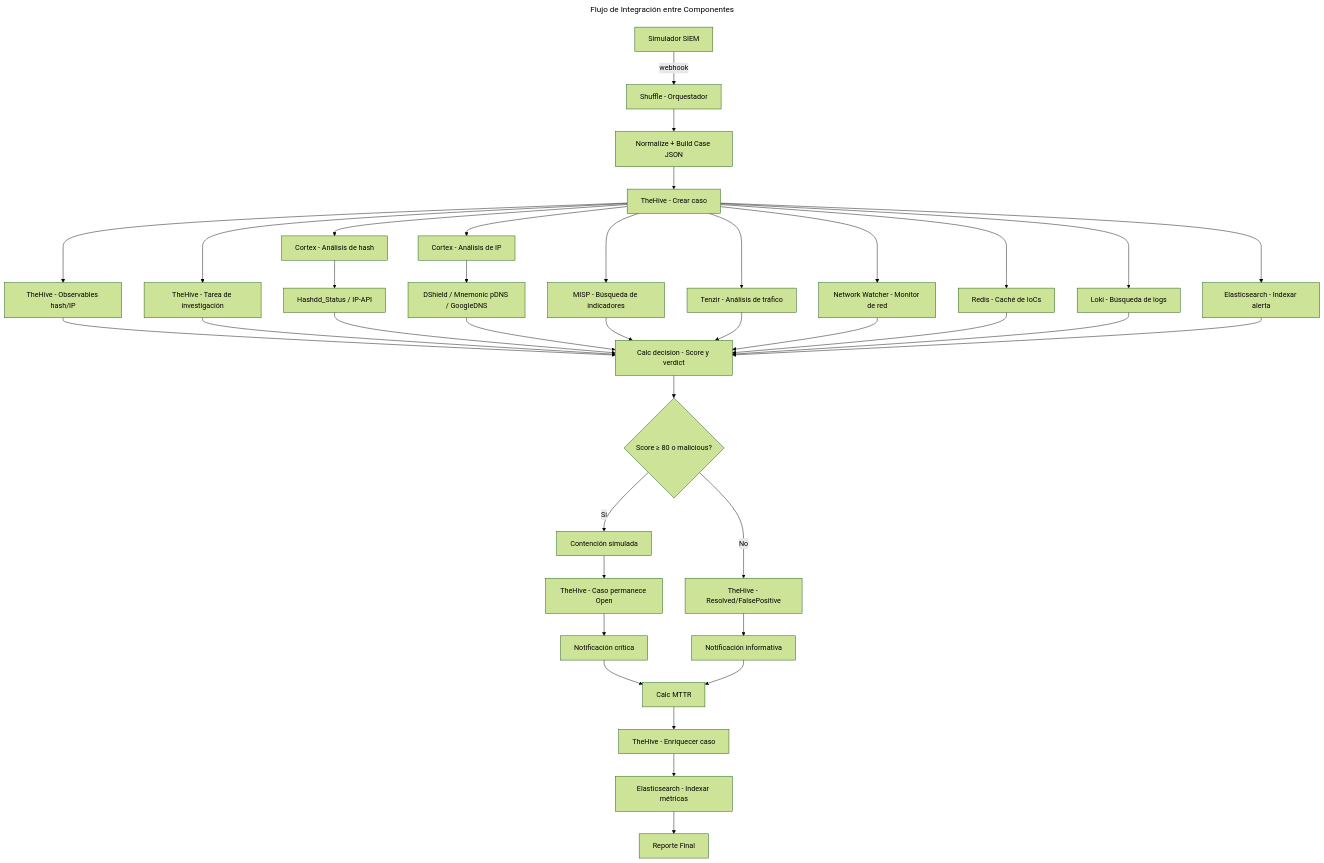
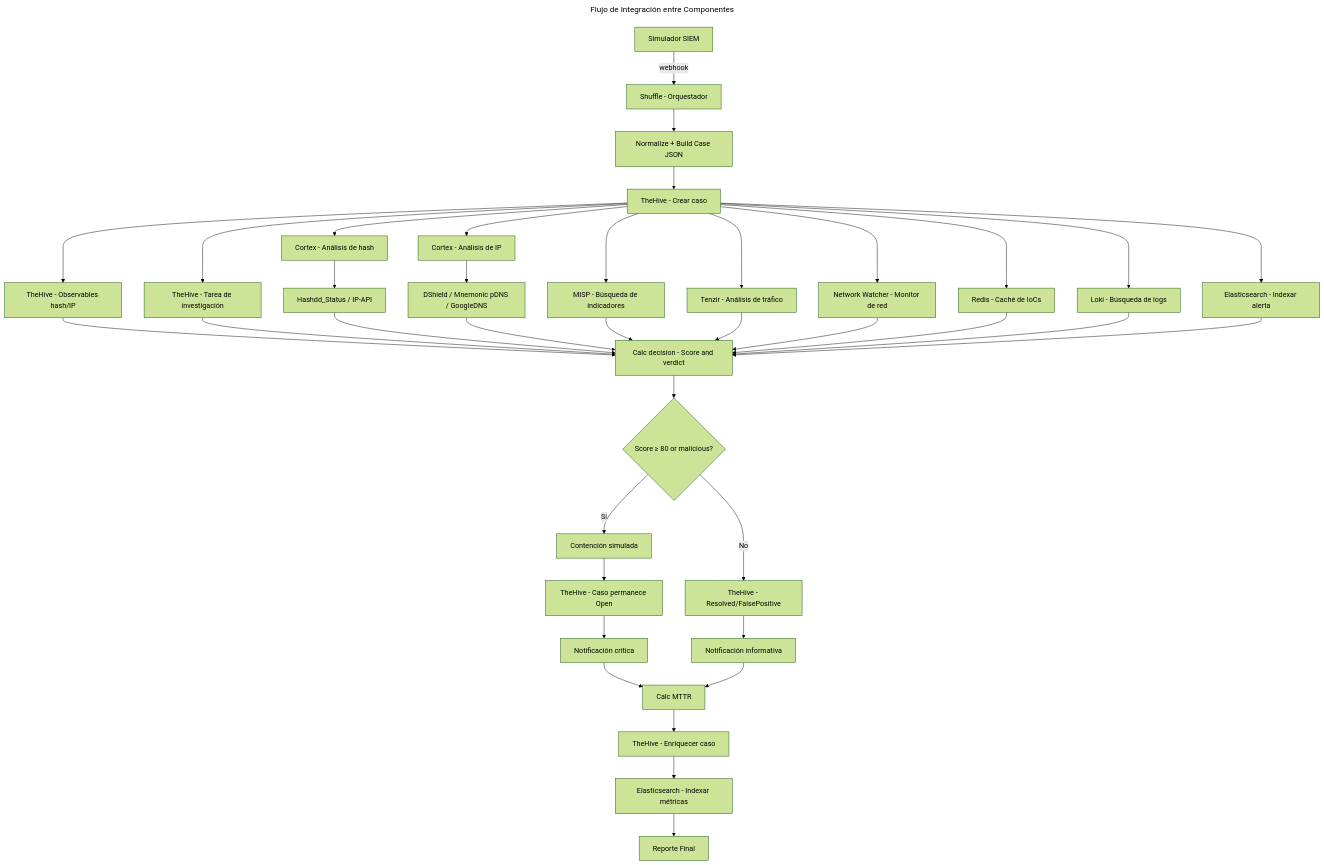
One commit to alesanfe/soar-ransomware-lab changed diagram 20 of 22 in docs/02-architecture.md. Above: the diagram before and after it, drawn with Mermaid (forest theme). The commit also changed other lines of this file and 1 other file, not shown here.

Commit message:
docs: fix Mermaid labels Spanish 'y'->'and', 'o'->'or' for consistency

````diff
--- a/docs/02-architecture.md
+++ b/docs/02-architecture.md
@@ -3813,42 +3813,42 @@
 ```mermaid
 ---
 title: Flujo de Integración entre Componentes
 ---
 graph TD
     A[Simulador SIEM] -->|webhook| B[Shuffle - Orquestador]
     B --> C[Normalize + Build Case JSON]
     C --> D[TheHive - Crear caso]
     D --> E[TheHive - Observables hash/IP]
     D --> F[TheHive - Tarea de investigación]
     D --> G[Cortex - Análisis de hash]
     D --> H[Cortex - Análisis de IP]
     G --> I[Hashdd_Status / IP-API]
     H --> J[DShield / Mnemonic pDNS / GoogleDNS]
     D --> K[MISP - Búsqueda de indicadores]
     D --> L[Tenzir - Análisis de tráfico]
     D --> M[Network Watcher - Monitor de red]
     D --> N[Redis - Caché de IoCs]
     D --> O[Loki - Búsqueda de logs]
     D --> ES[Elasticsearch - Indexar alerta]
-    E --> P[Calc decision - Score y verdict]
+    E --> P[Calc decision - Score and verdict]
     F --> P
     I --> P
     J --> P
     K --> P
     L --> P
     M --> P
     N --> P
     O --> P
     ES --> P
-    P --> Q{Score ≥ 80 o malicious?}
+    P --> Q{Score ≥ 80 or malicious?}
     Q -->|Sí| R[Contención simulada]
     Q -->|No| S[TheHive - Resolved/FalsePositive]
     R --> T[TheHive - Caso permanece Open]
     T --> V[Notificación crítica]
     S --> W[Notificación informativa]
     V --> Y[Calc MTTR]
     W --> Y
     Y --> X[TheHive - Enriquecer caso]
     X --> Z[Elasticsearch - Indexar métricas]
     Z --> AA[Reporte Final]
 ```
````
